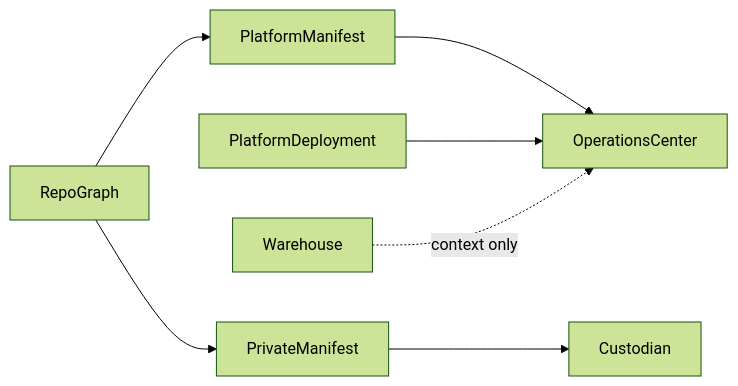
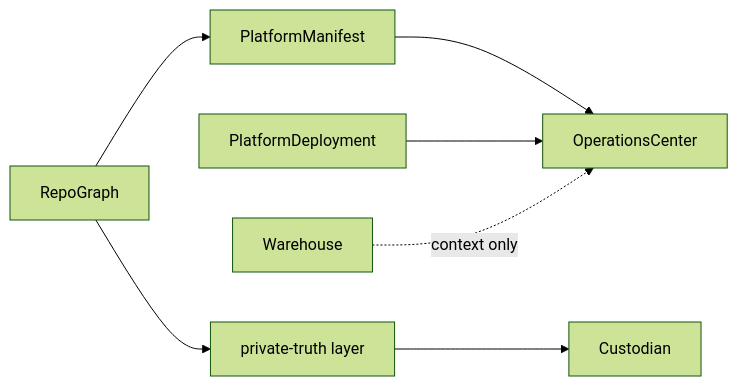
One commit to ProtocolWarden/ProtocolWarden.github.io changed the first of 3 diagrams in docs/architecture/simple-platform-model.md. Above: the diagram before and after it, drawn with Mermaid (forest theme). The commit also changed other lines of this file and 16 other files, not shown here.

````diff
--- a/docs/architecture/simple-platform-model.md
+++ b/docs/architecture/simple-platform-model.md
@@ -22,9 +22,9 @@
 ```mermaid
 graph LR
     RG[RepoGraph] --> PM[PlatformManifest]
-    RG --> PRM[PrivateManifest]
+    RG --> PRM[private-truth layer]
     PRM --> CUST[Custodian]
     PM --> OC[OperationsCenter]
     PD[PlatformDeployment] --> OC
     WH[Warehouse] -. context only .-> OC
 ```
````
